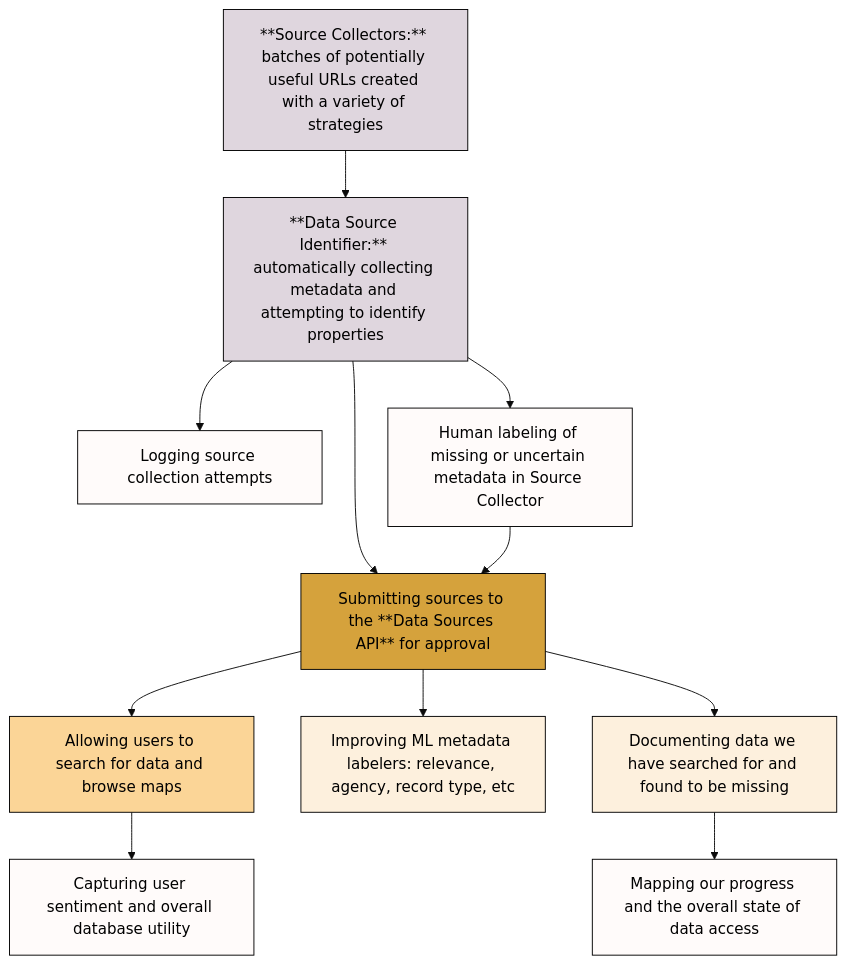
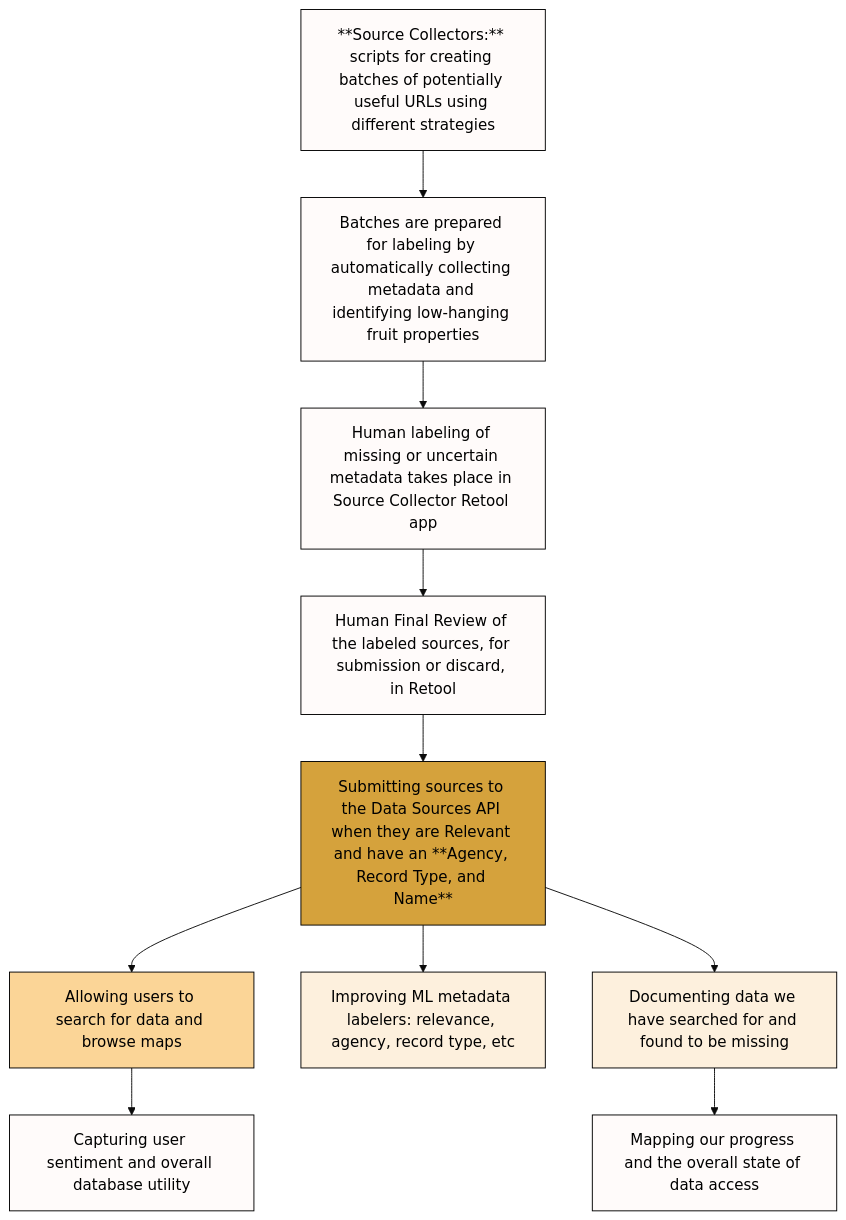
One commit to Police-Data-Accessibility-Project/data-source-identification changed the first of 2 diagrams in README.md. Above: the diagram before and after it, drawn with Mermaid (base theme).

Commit message:
update readme chart
for accuracy!

````diff
--- a/README.md
+++ b/README.md
@@ -79,37 +79,33 @@
 ```mermaid
 flowchart TD
-    SourceCollectors["**Source Collectors:** batches of potentially useful URLs created with a variety of strategies"]
-    Logging["Logging source collection attempts"]
-    API["Submitting sources to the **Data Sources API** for approval"]
-    Identifier["**Data Source Identifier:** automatically collecting metadata and attempting to identify properties"]
-    SourceCollectorLabeling["Human labeling of missing or uncertain metadata in Source Collector"]
-
-    Identifier --> SourceCollectorLabeling
-    Identifier ---> API
-    SourceCollectorLabeling --> API
-    Identifier --> Logging
+    SourceCollectors["**Source Collectors:** scripts for creating batches of potentially useful URLs using different strategies"]
+    Identifier["Batches are prepared for labeling by automatically collecting metadata and identifying low-hanging fruit properties"]
+    SourceCollectorLabeling["Human labeling of missing or uncertain metadata takes place in Source Collector Retool app"]
+    SourceCollectorReview["Human Final Review of the labeled sources, for submission or discard, in Retool"]
+    API["Submitting sources to the Data Sources API when they are Relevant and have an **Agency, Record Type, and Name**"]
 
     SourceCollectors --> Identifier
-
+    Identifier --> SourceCollectorLabeling
+    SourceCollectorLabeling --> SourceCollectorReview
+    SourceCollectorReview --> API
     API --> Search["Allowing users to search for data and browse maps"]
     Search --> Sentiment["Capturing user sentiment and overall database utility"]
     API --> MLModels["Improving ML metadata labelers: relevance, agency, record type, etc"]
     API --> Missingness["Documenting data we have searched for and found to be missing"]
     Missingness --> Maps["Mapping our progress and the overall state of data access"]
 
     %% Default class for black stroke
     classDef default fill:#fffbfa,stroke:#000,stroke-width:1px,color:#000;
 
     %% Custom styles
     class API gold;
     class Search lightgold;
     class MLModels,Missingness lightergold;
-    class SourceCollectors,Identifier byzantium
 
     %% Define specific classes
     classDef gray fill:#bfc0c0
     classDef gold fill:#d5a23c
     classDef lightgold fill:#fbd597
     classDef lightergold fill:#fdf0dd
     classDef byzantium fill:#dfd6de
 ```
````
